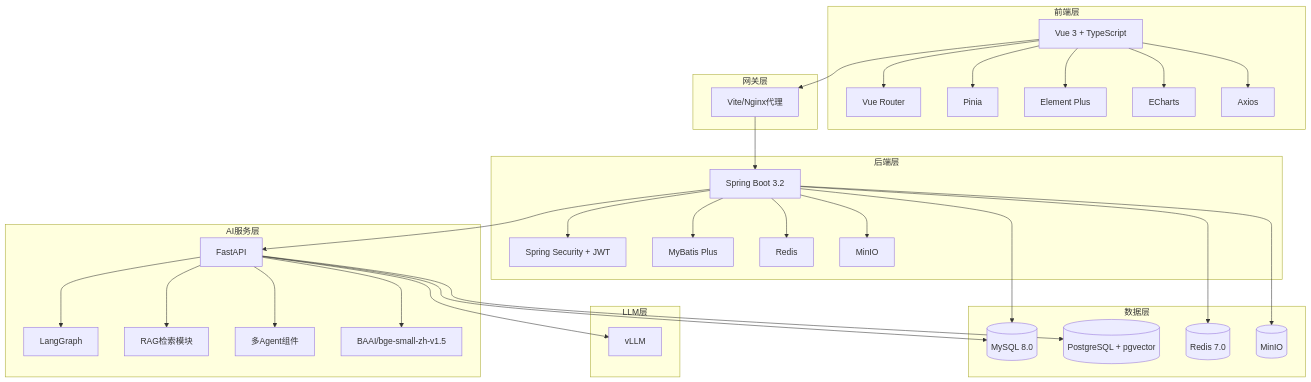
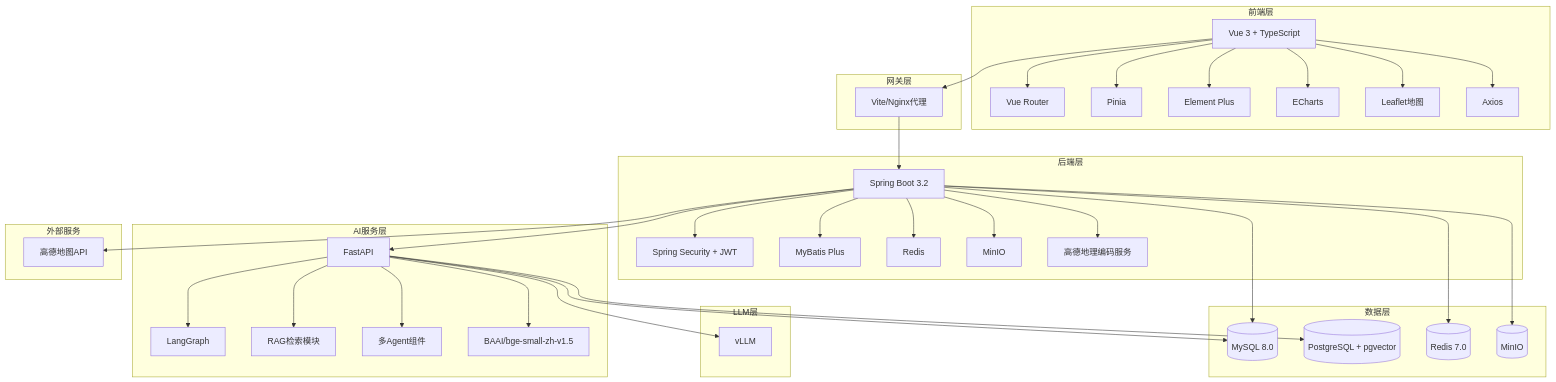
One commit to LiangZixin0714/Yunnan-Emergency-Response changed the first of 8 diagrams in 结训文档/系统设计说明书.md. Above: the diagram before and after it, drawn with Mermaid. The commit also changed other lines of this file and 46 other files, not shown here.

````diff
--- a/结训文档/系统设计说明书.md
+++ b/结训文档/系统设计说明书.md
@@ -7,52 +7,59 @@
 ```mermaid
 graph TB
     subgraph 前端层
         FE[Vue 3 + TypeScript]
         FE --> Router[Vue Router]
         FE --> Store[Pinia]
         FE --> UI[Element Plus]
         FE --> Chart[ECharts]
+        FE --> Map[Leaflet地图]
         FE --> Axios[Axios]
     end
     
     subgraph 网关层
         Proxy[Vite/Nginx代理]
     end
     
     subgraph 后端层
         BE[Spring Boot 3.2]
         BE --> Security[Spring Security + JWT]
         BE --> ORM[MyBatis Plus]
         BE --> Cache[Redis]
         BE --> File[MinIO]
+        BE --> Geocode[高德地理编码服务]
     end
     
     subgraph AI服务层
         AI[FastAPI]
         AI --> LangGraph[LangGraph]
         AI --> RAG[RAG检索模块]
         AI --> Agents[多Agent组件]
         AI --> Embedding[BAAI/bge-small-zh-v1.5]
     end
     
     subgraph LLM层
         VLLM[vLLM]
     end
     
     subgraph 数据层
         MySQL[(MySQL 8.0)]
         PostgreSQL[(PostgreSQL + pgvector)]
         Redis[(Redis 7.0)]
         MinIO[(MinIO)]
     end
     
+    subgraph 外部服务
+        AmapAPI[高德地图API]
+    end
+    
     FE --> Proxy
     Proxy --> BE
     BE --> AI
     BE --> MySQL
     BE --> Redis
     BE --> MinIO
+    BE --> AmapAPI
     AI --> PostgreSQL
     AI --> VLLM
     AI --> MySQL
 ```
````
